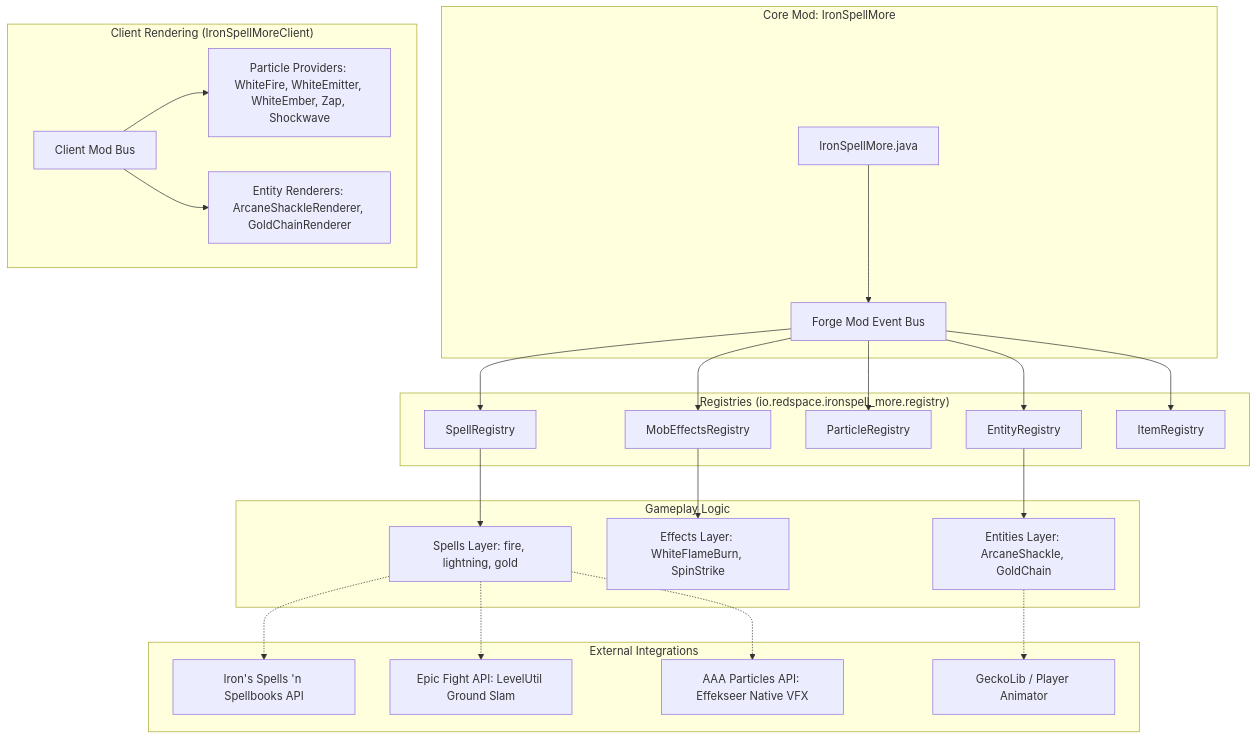
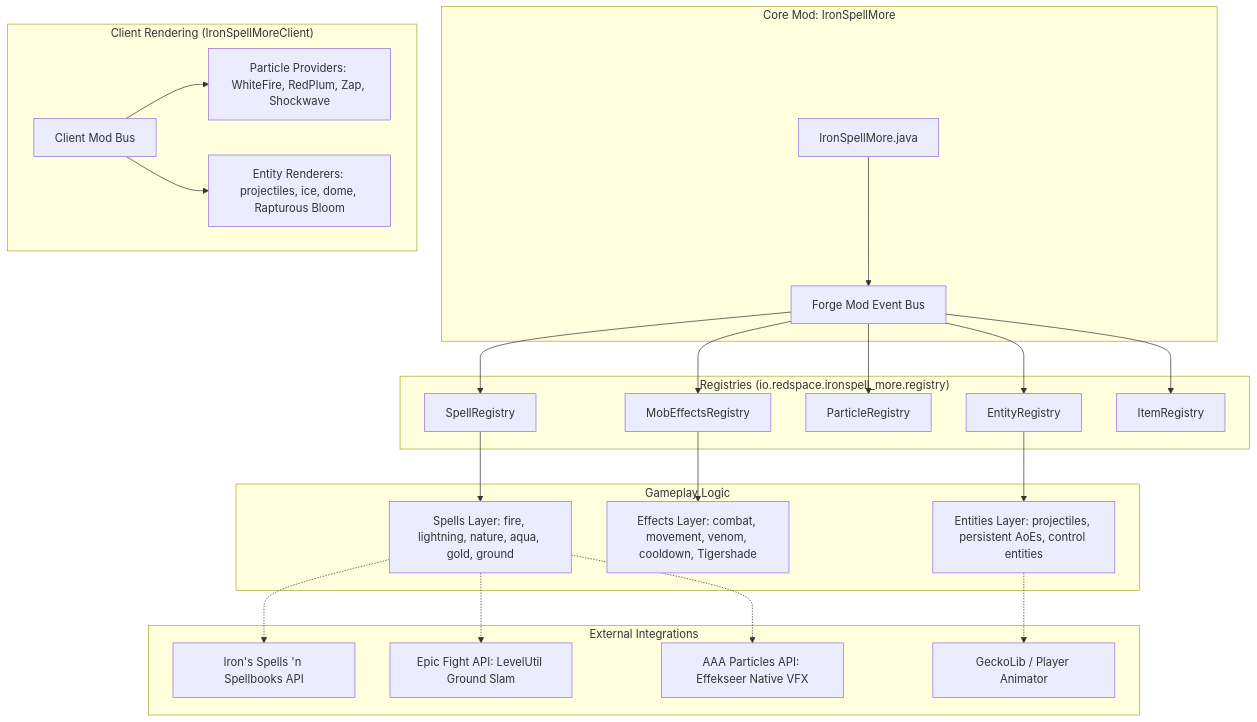
Before and after one commit to Dezameria/bhspellsy: the diagram in docs/system_architecture.md, drawn with Mermaid. The commit also changed other lines of this file and 5 other files, not shown here.

````diff
--- a/docs/system_architecture.md
+++ b/docs/system_architecture.md
@@ -9,53 +9,53 @@
 ```mermaid
 graph TB
     subgraph "Core Mod: IronSpellMore"
         ModMain[IronSpellMore.java]
         EventBus[Forge Mod Event Bus]
     end
 
     subgraph "Registries (io.redspace.ironspell_more.registry)"
         SpellReg[SpellRegistry]
         EffectReg[MobEffectsRegistry]
         ParticleReg[ParticleRegistry]
         EntityReg[EntityRegistry]
         ItemReg[ItemRegistry]
     end
 
     subgraph "Gameplay Logic"
-        Spells[Spells Layer: fire, lightning, gold]
-        Effects[Effects Layer: WhiteFlameBurn, SpinStrike]
-        Entities[Entities Layer: ArcaneShackle, GoldChain]
+        Spells[Spells Layer: fire, lightning, nature, aqua, gold, ground]
+        Effects[Effects Layer: combat, movement, venom, cooldown, Tigershade]
+        Entities[Entities Layer: projectiles, persistent AoEs, control entities]
     end
 
     subgraph "Client Rendering (IronSpellMoreClient)"
         ClientBus[Client Mod Bus]
-        ParticleProviders[Particle Providers: WhiteFire, WhiteEmitter, WhiteEmber, Zap, Shockwave]
-        EntityRenderers[Entity Renderers: ArcaneShackleRenderer, GoldChainRenderer]
+        ParticleProviders[Particle Providers: WhiteFire, RedPlum, Zap, Shockwave]
+        EntityRenderers[Entity Renderers: projectiles, ice, dome, Rapturous Bloom]
     end
 
     subgraph "External Integrations"
         ISS[Iron's Spells 'n Spellbooks API]
         EF[Epic Fight API: LevelUtil Ground Slam]
         AAA[AAA Particles API: Effekseer Native VFX]
         Gecko[GeckoLib / Player Animator]
     end
 
     ModMain --> EventBus
     EventBus --> SpellReg
     EventBus --> EffectReg
     EventBus --> ParticleReg
     EventBus --> EntityReg
     EventBus --> ItemReg
 
     SpellReg --> Spells
     EffectReg --> Effects
     EntityReg --> Entities
 
     ClientBus --> ParticleProviders
     ClientBus --> EntityRenderers
 
     Spells -.-> ISS
     Spells -.-> EF
     Spells -.-> AAA
     Entities -.-> Gecko
 ```
````
